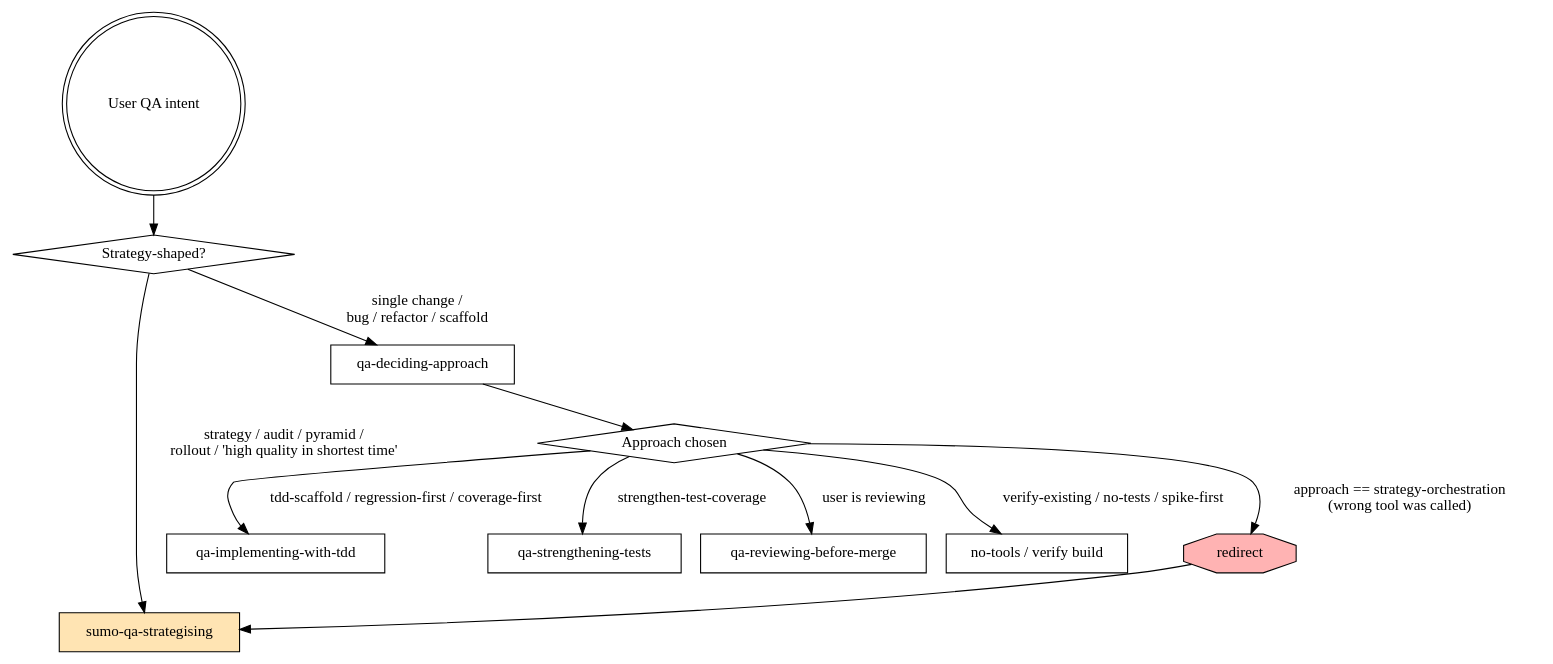
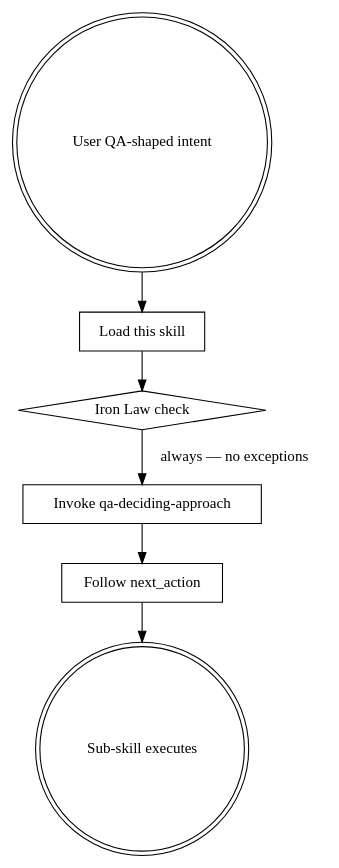
One commit to sumithr/sumo-qa changed the diagram in skills/using-sumo-qa/SKILL.md. Above: the diagram before and after it, drawn with Graphviz. The commit also changed other lines of this file, not shown here.

Commit message:
skills(using-sumo-qa): full superpowers-style content

````diff
--- a/skills/using-sumo-qa/SKILL.md
+++ b/skills/using-sumo-qa/SKILL.md
@@ -71,25 +58,17 @@
 ```dot
-digraph qa_flow {
-    "User QA intent" [shape=doublecircle];
-    "Strategy-shaped?" [shape=diamond];
-    "sumo-qa-strategising" [shape=box, style=filled, fillcolor="#ffe4b3"];
-    "qa-deciding-approach" [shape=box];
-    "Approach chosen" [shape=diamond];
-    "qa-implementing-with-tdd" [shape=box];
-    "qa-strengthening-tests" [shape=box];
-    "qa-reviewing-before-merge" [shape=box];
-    "no-tools / verify build" [shape=box];
-    "redirect" [shape=octagon, style=filled, fillcolor="#ffb3b3"];
+digraph using_sumo_qa {
+    rankdir=TB;
+    "User QA-shaped intent" [shape=doublecircle];
+    "Load this skill" [shape=box];
+    "Iron Law check" [shape=diamond];
+    "Invoke qa-deciding-approach" [shape=box];
+    "Follow next_action" [shape=box];
+    "Sub-skill executes" [shape=doublecircle];
 
-    "User QA intent" -> "Strategy-shaped?";
-    "Strategy-shaped?" -> "sumo-qa-strategising" [label="strategy / audit / pyramid /\nrollout / 'high quality in shortest time'"];
-    "Strategy-shaped?" -> "qa-deciding-approach" [label="single change /\nbug / refactor / scaffold"];
-    "qa-deciding-approach" -> "Approach chosen";
-    "Approach chosen" -> "redirect" [label="approach == strategy-orchestration\n(wrong tool was called)"];
-    "redirect" -> "sumo-qa-strategising";
-    "Approach chosen" -> "qa-implementing-with-tdd" [label="tdd-scaffold / regression-first / coverage-first"];
-    "Approach chosen" -> "qa-strengthening-tests" [label="strengthen-test-coverage"];
-    "Approach chosen" -> "qa-reviewing-before-merge" [label="user is reviewing"];
-    "Approach chosen" -> "no-tools / verify build" [label="verify-existing / no-tests / spike-first"];
+    "User QA-shaped intent" -> "Load this skill";
+    "Load this skill" -> "Iron Law check";
+    "Iron Law check" -> "Invoke qa-deciding-approach" [label="always — no exceptions"];
+    "Invoke qa-deciding-approach" -> "Follow next_action";
+    "Follow next_action" -> "Sub-skill executes";
 }
 ```
````
